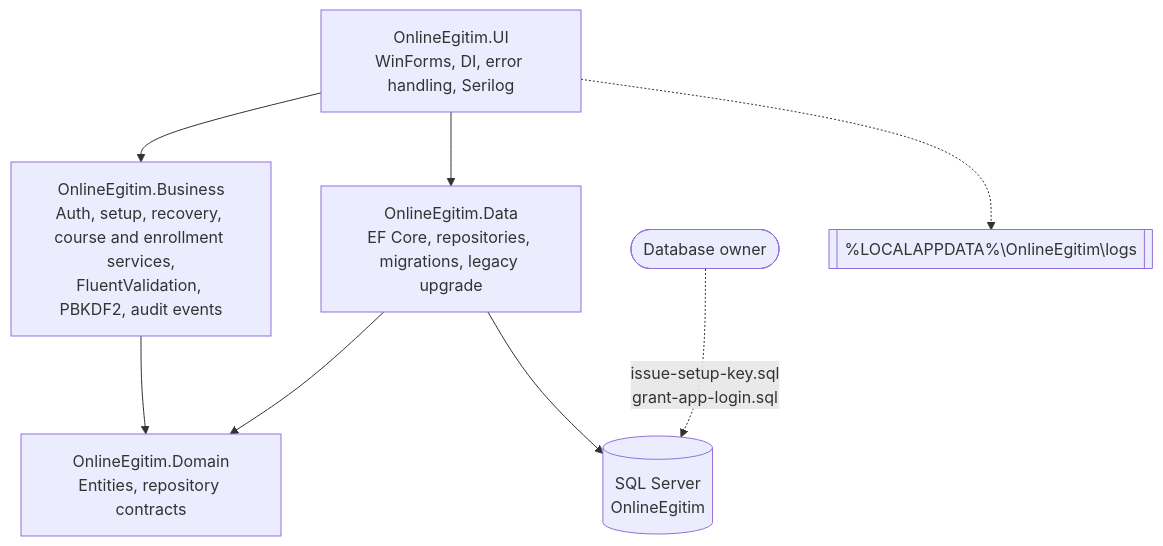
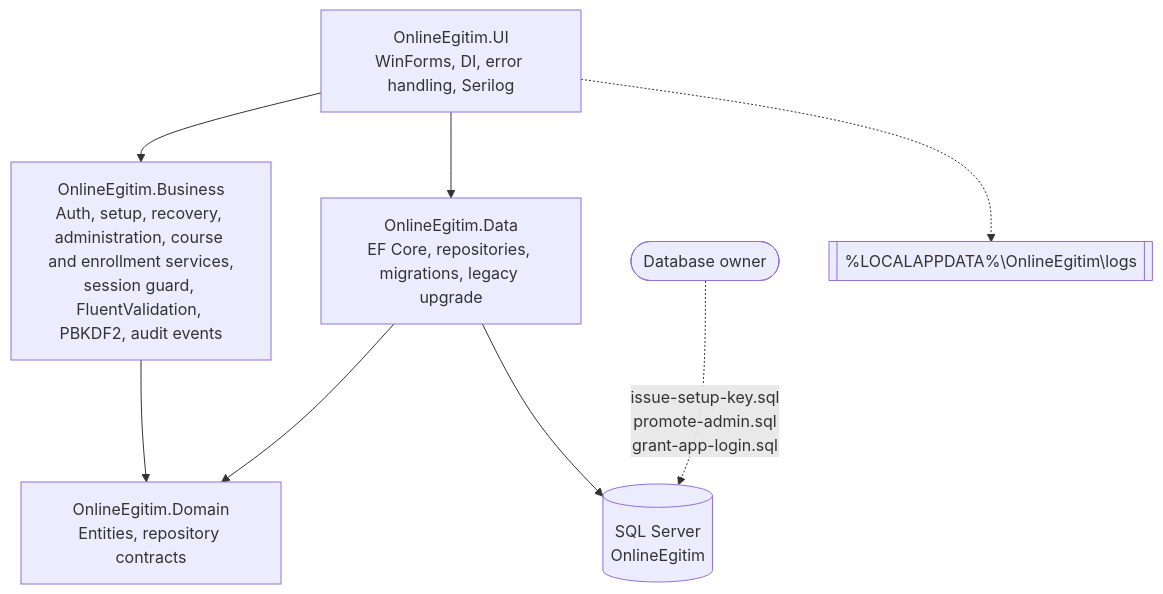
One commit to ayberkaarda/OnlineEgitimPlatformu changed the diagram in README.md. Above: the diagram before and after it, drawn with Mermaid. The commit also changed other lines of this file and 1 other file, not shown here.

Commit message:
docs(readme): describe course management, leaving and search, administrators and password resets with the new permission matrix

````diff
--- a/README.md
+++ b/README.md
@@ -133,10 +172,10 @@
 ```mermaid
 flowchart TD
-    UI["OnlineEgitim.UI<br/>WinForms, DI, error handling, Serilog"] --> BUS["OnlineEgitim.Business<br/>Auth, setup, recovery, course and enrollment services,<br/>FluentValidation, PBKDF2, audit events"]
+    UI["OnlineEgitim.UI<br/>WinForms, DI, error handling, Serilog"] --> BUS["OnlineEgitim.Business<br/>Auth, setup, recovery, administration, course and enrollment services,<br/>session guard, FluentValidation, PBKDF2, audit events"]
     UI --> DATA["OnlineEgitim.Data<br/>EF Core, repositories, migrations, legacy upgrade"]
     BUS --> DOM["OnlineEgitim.Domain<br/>Entities, repository contracts"]
     DATA --> DOM
     DATA --> DB[("SQL Server<br/>OnlineEgitim")]
-    DBA(["Database owner"]) -.->|"issue-setup-key.sql<br/>grant-app-login.sql"| DB
+    DBA(["Database owner"]) -.->|"issue-setup-key.sql<br/>promote-admin.sql<br/>grant-app-login.sql"| DB
     UI -.-> LOG[["%LOCALAPPDATA%\OnlineEgitim\logs"]]
 ```
````
